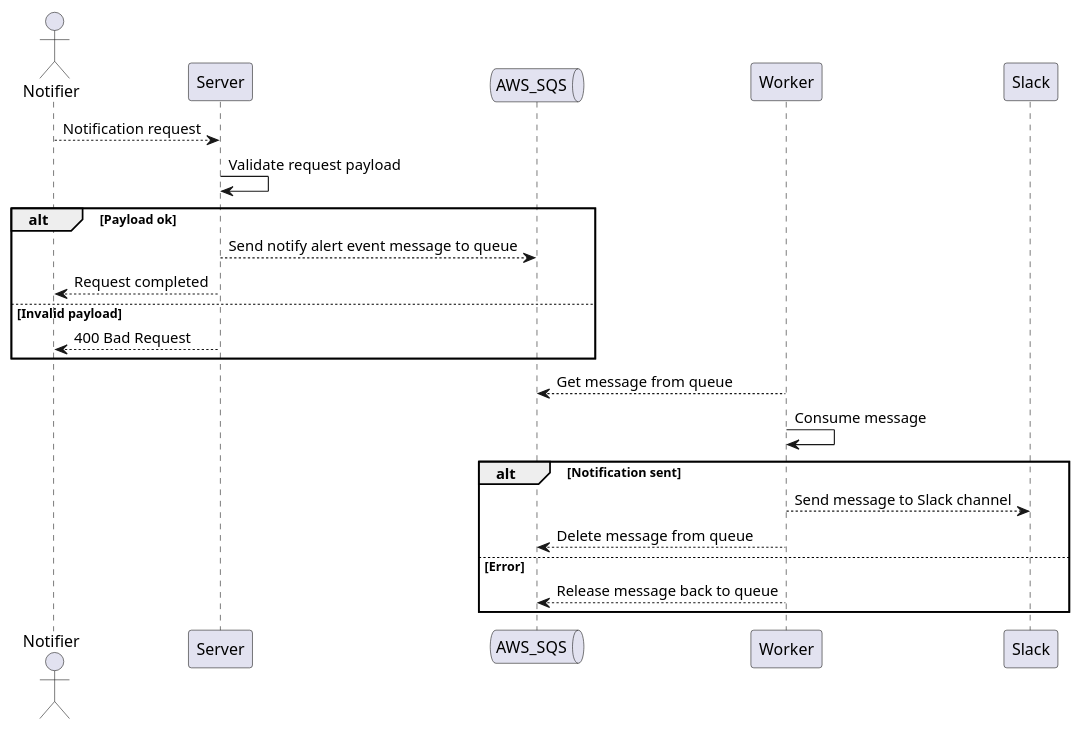
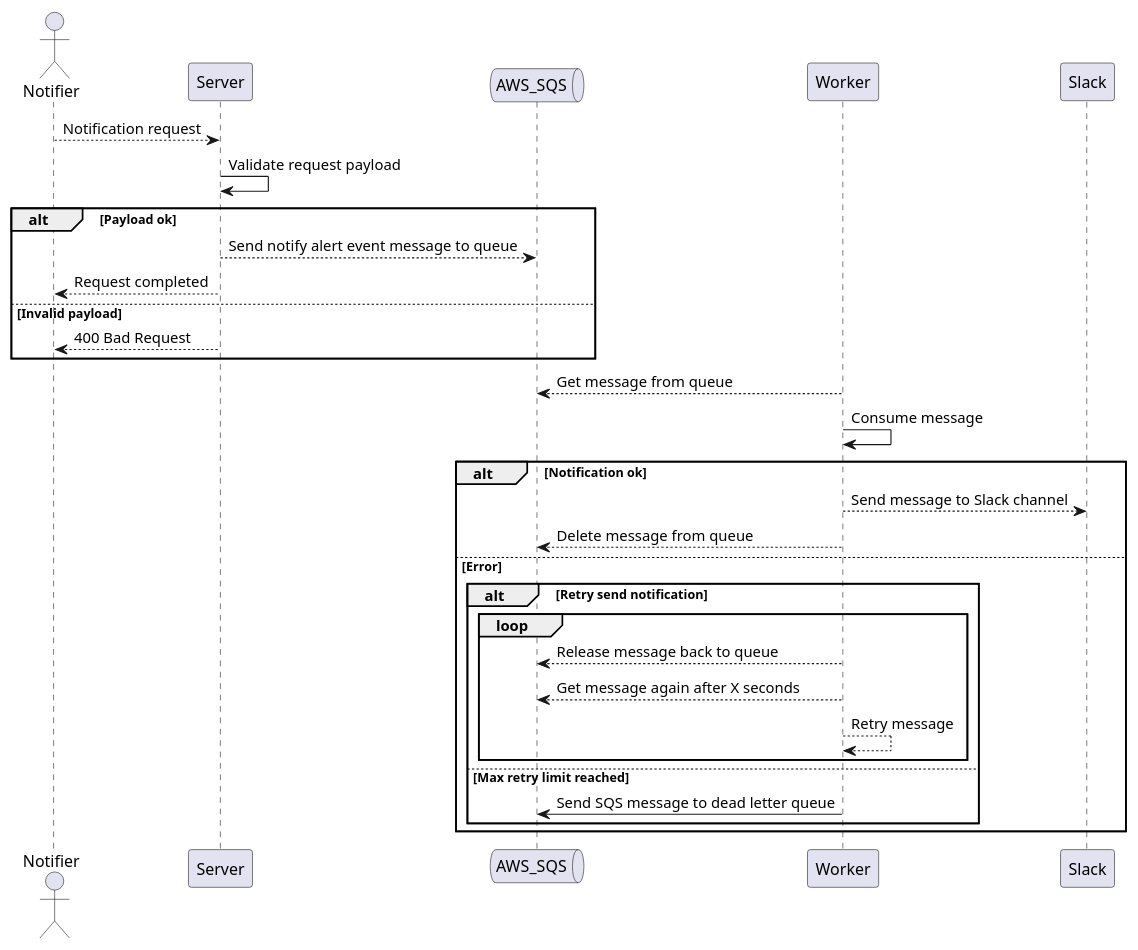
Before and after one commit to rellyson/ifood-challenge: the diagram in docs/diagrams/notify-alert-sequence-diagram.puml, drawn with PlantUML. The commit also changed 3 other files, not shown here.

Commit message:
alert diagram updated

```diff
--- a/docs/diagrams/notify-alert-sequence-diagram.puml
+++ b/docs/diagrams/notify-alert-sequence-diagram.puml
@@ -1,29 +1,37 @@
 @startuml Notify alert sequence
 
 Actor Notifier as nf
 Participant Server as sv
 Queue AWS_SQS as sqs
 participant Worker as wk
 participant Slack as sl
 
 nf --> sv: Notification request
 sv -> sv: Validate request payload
 
 alt Payload ok
     sv --> sqs: Send notify alert event message to queue
     sv --> nf: Request completed
 else Invalid payload
     sv --> nf: 400 Bad Request
 end
 
 sqs <-- wk: Get message from queue
 wk -> wk: Consume message
 
-alt Notification sent
+alt Notification ok
     wk --> sl: Send message to Slack channel
     sqs <-- wk: Delete message from queue
 else Error
-    sqs <-- wk: Release message back to queue
+        alt Retry send notification
+            loop
+                sqs <-- wk: Release message back to queue
+                sqs <-- wk: Get message again after X seconds
+                wk --> wk: Retry message
+            end
+        else Max retry limit reached
+            sqs <- wk: Send SQS message to dead letter queue
+    end
 end
 
 @enduml
```
